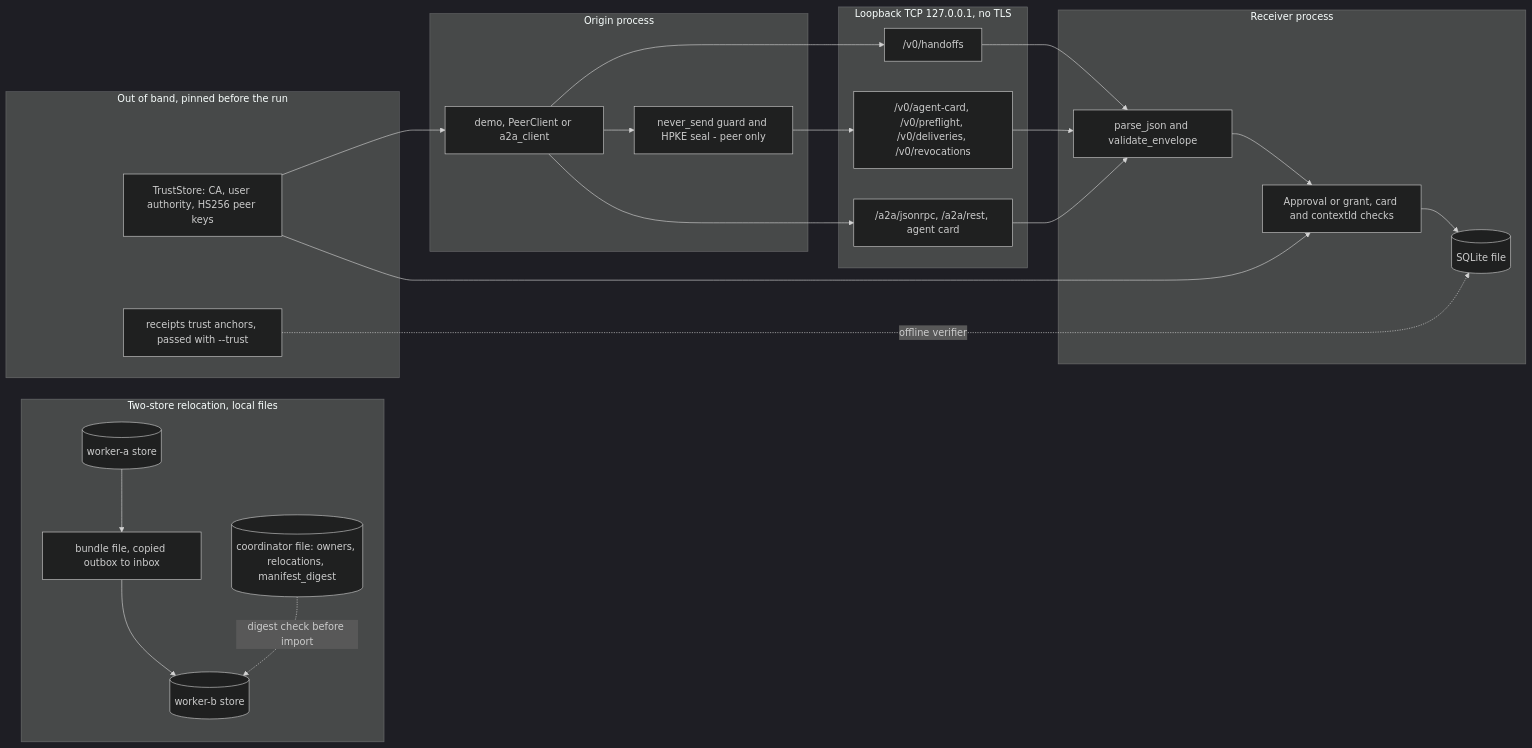
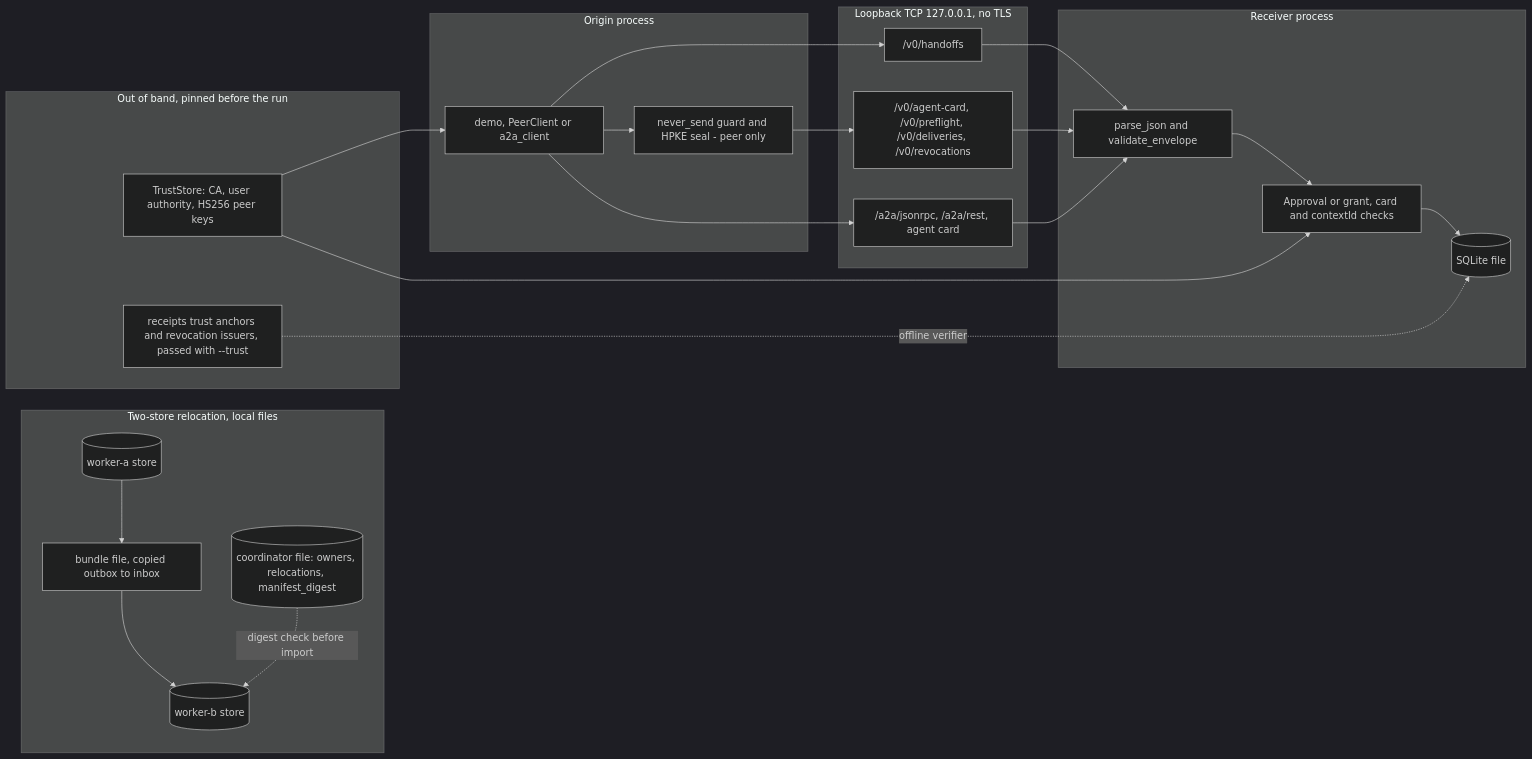
Before and after one commit to MSKazemi/agent-movement: the ninth of 9 diagrams in docs/architecture.md, drawn with Mermaid (dark theme). The commit also changed other lines of this file, not shown here.

First line of the commit message:
docs: architecture for counted grants, per-sender keys, live receipts, reconciliation, optional bench modes

````diff
--- a/docs/architecture.md
+++ b/docs/architecture.md
@@ -330,39 +404,39 @@
 ```mermaid
 flowchart LR
     subgraph ORIGIN["Origin process"]
         OC["demo, PeerClient or a2a_client"]
         GUARD["never_send guard and HPKE seal - peer only"]
     end
     subgraph LOOP["Loopback TCP 127.0.0.1, no TLS"]
         W1["/v0/handoffs"]
         W2["/v0/agent-card, /v0/preflight, /v0/deliveries, /v0/revocations"]
         W3["/a2a/jsonrpc, /a2a/rest, agent card"]
     end
     subgraph RECV["Receiver process"]
         VAL["parse_json and validate_envelope"]
         POL["Approval or grant, card and contextId checks"]
         STORE[("SQLite file")]
     end
     subgraph RELOC["Two-store relocation, local files"]
         SA[("worker-a store")]
         BUN["bundle file, copied outbox to inbox"]
         SB[("worker-b store")]
         AUTH[("coordinator file: owners, relocations, manifest_digest")]
     end
     subgraph OOB["Out of band, pinned before the run"]
         TS["TrustStore: CA, user authority, HS256 peer keys"]
-        TA["receipts trust anchors, passed with --trust"]
+        TA["receipts trust anchors and revocation issuers, passed with --trust"]
     end
     OC --> GUARD --> W2
     OC --> W1
     OC --> W3
     W1 --> VAL
     W2 --> VAL
     W3 --> VAL
     VAL --> POL --> STORE
     TS --> POL
     TS --> OC
     SA --> BUN --> SB
     AUTH -. "digest check before import" .-> SB
     TA -. offline verifier .-> STORE
 ```
````
